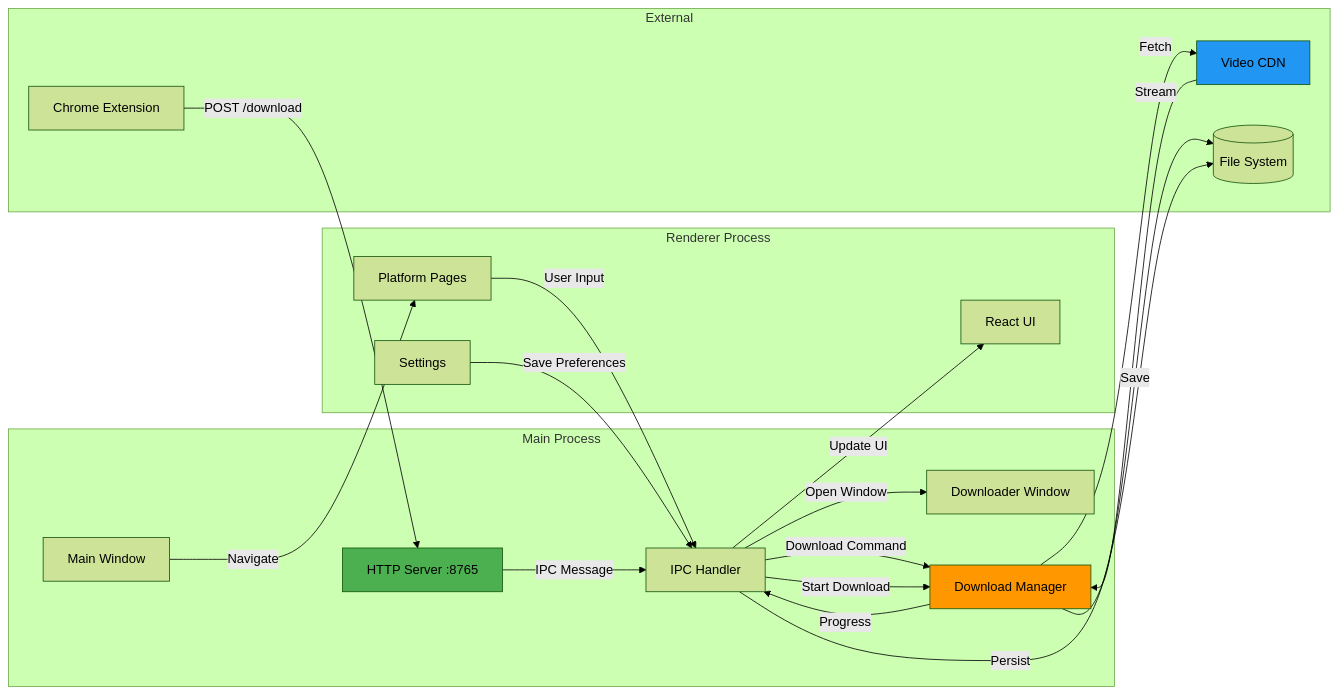
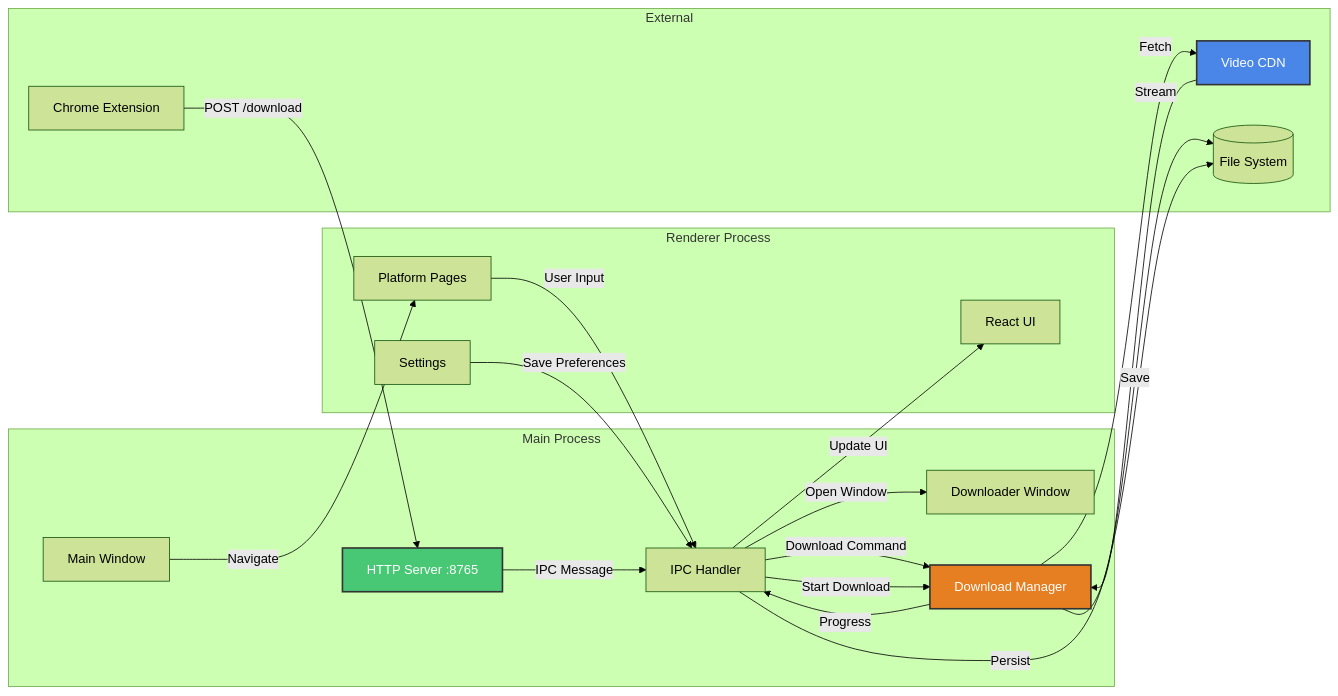
The fourth of 14 diagrams in README.md (lwshakib/flux-video-downloader), drawn with Mermaid (forest theme) before and after one commit. The commit also changed other lines of this file, not shown here.

First line of the commit message:
style: update README diagrams with improved color schemes and stroke properties

````diff
--- a/README.md
+++ b/README.md
@@ -372,44 +372,44 @@
 ```mermaid
 flowchart LR
     subgraph "Main Process"
         MainWindow[Main Window]
         DownloaderWindow[Downloader Window]
         HTTPServer[HTTP Server :8765]
         IPC[IPC Handler]
         DownloadMgr[Download Manager]
     end
 
     subgraph "Renderer Process"
         UI[React UI]
         Pages[Platform Pages]
         Settings[Settings]
     end
 
     subgraph "External"
         Extension[Chrome Extension]
         CDN[Video CDN]
         FS[(File System)]
     end
 
     Extension -->|POST /download| HTTPServer
     HTTPServer -->|IPC Message| IPC
     IPC -->|Open Window| DownloaderWindow
     IPC -->|Download Command| DownloadMgr
 
     MainWindow -->|Navigate| Pages
     Pages -->|User Input| IPC
     IPC -->|Start Download| DownloadMgr
 
     DownloadMgr -->|Fetch| CDN
     CDN -->|Stream| DownloadMgr
     DownloadMgr -->|Progress| IPC
     IPC -->|Update UI| UI
     DownloadMgr -->|Save| FS
 
     Settings -->|Save Preferences| IPC
     IPC -->|Persist| FS
 
-    style DownloadMgr fill:#FF9800
-    style HTTPServer fill:#4CAF50
-    style CDN fill:#2196F3
+    style DownloadMgr fill:#E67E22,stroke:#333,stroke-width:2px,color:#fff
+    style HTTPServer fill:#48C774,stroke:#333,stroke-width:2px,color:#fff
+    style CDN fill:#4A86E8,stroke:#333,stroke-width:2px,color:#fff
 ```
````
